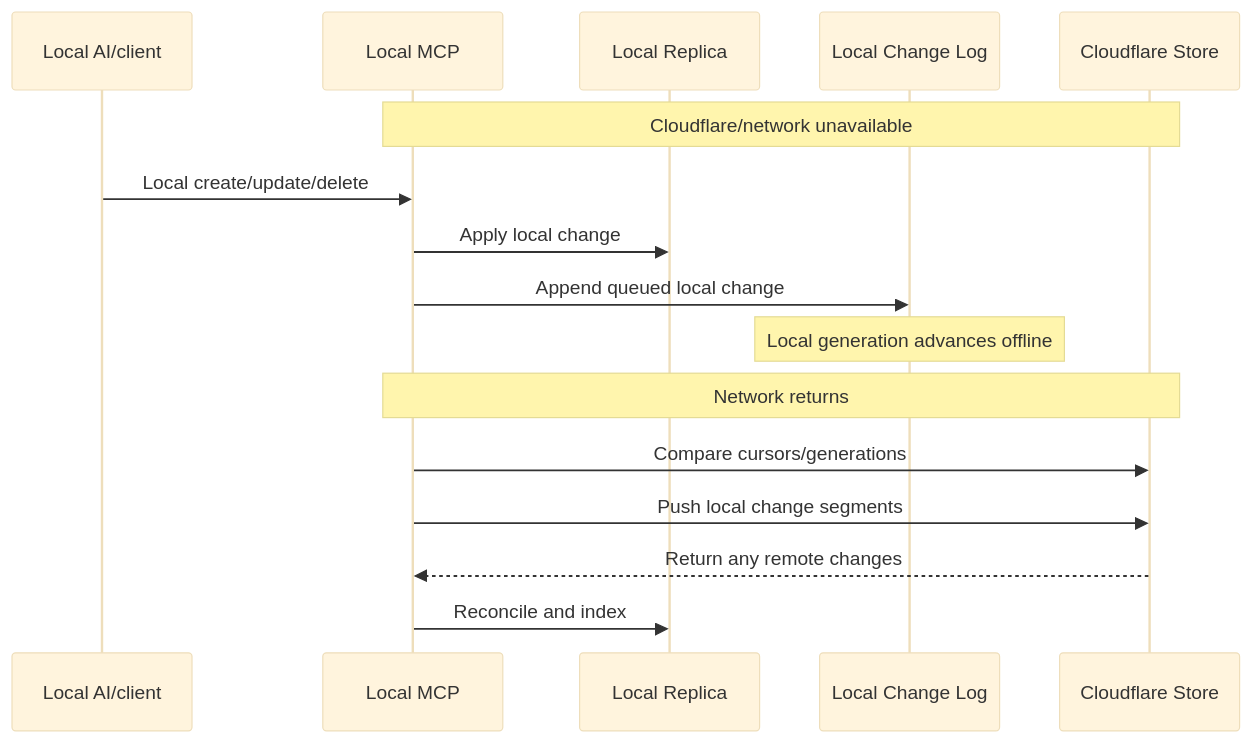
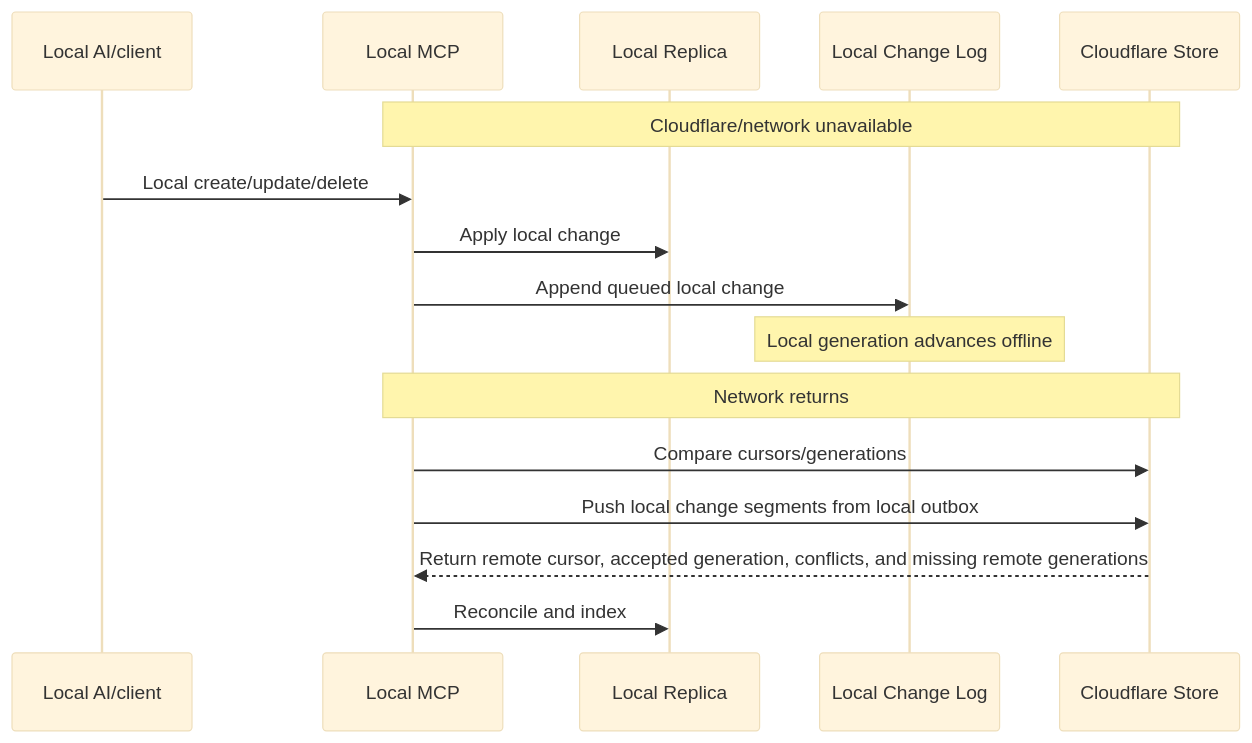
Before and after one commit to ProvisioInsights/LivingAtlas: the third of 3 diagrams in docs/architecture/offline-sync-and-conflict-resolution.md, drawn with Mermaid (base theme). The commit also changed other lines of this file and 48 other files, not shown here.

Commit message:
Implement shared graph MCP sync milestone

````diff
--- a/docs/architecture/offline-sync-and-conflict-resolution.md
+++ b/docs/architecture/offline-sync-and-conflict-resolution.md
@@ -68,19 +124,19 @@
 ```mermaid
 sequenceDiagram
   participant LAI as Local AI/client
   participant LM as Local MCP
   participant Local as Local Replica
   participant LLog as Local Change Log
   participant CF as Cloudflare Store
 
   Note over LM,CF: Cloudflare/network unavailable
   LAI->>LM: Local create/update/delete
   LM->>Local: Apply local change
   LM->>LLog: Append queued local change
   Note over LLog: Local generation advances offline
   Note over LM,CF: Network returns
   LM->>CF: Compare cursors/generations
-  LM->>CF: Push local change segments
-  CF-->>LM: Return any remote changes
+  LM->>CF: Push local change segments from local outbox
+  CF-->>LM: Return remote cursor, accepted generation, conflicts, and missing remote generations
   LM->>Local: Reconcile and index
 ```
````
